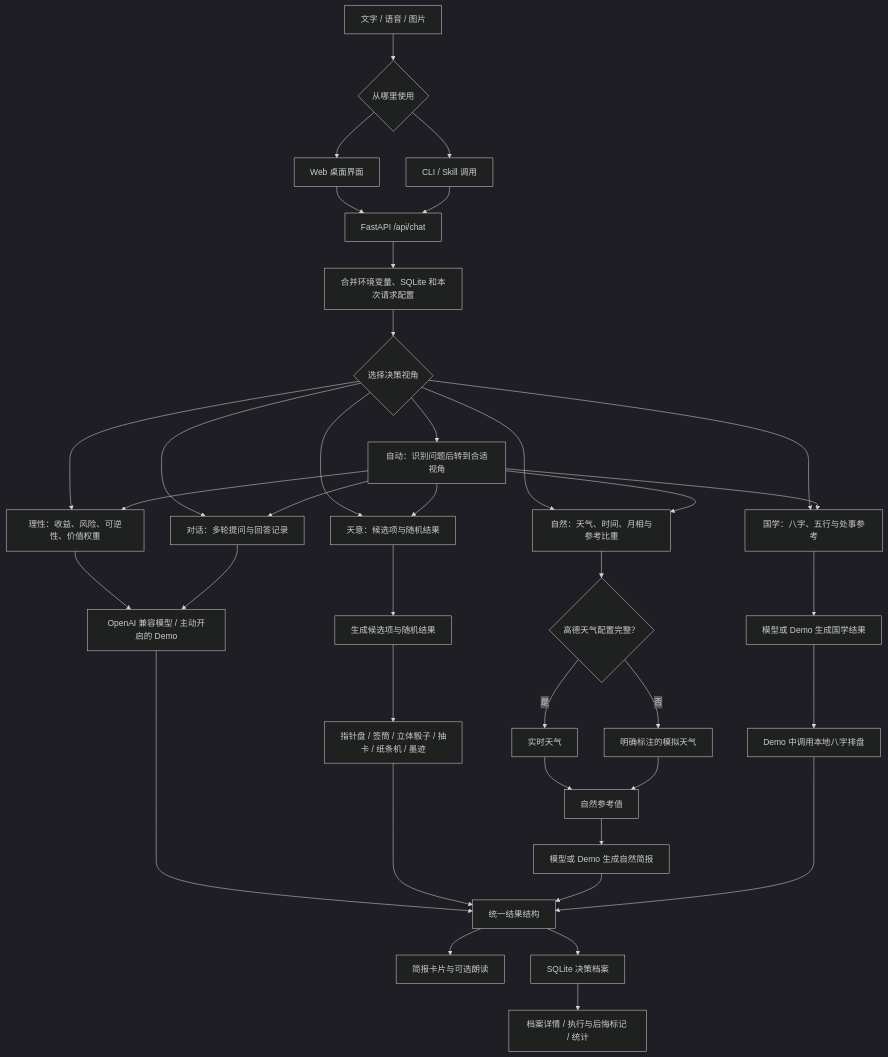
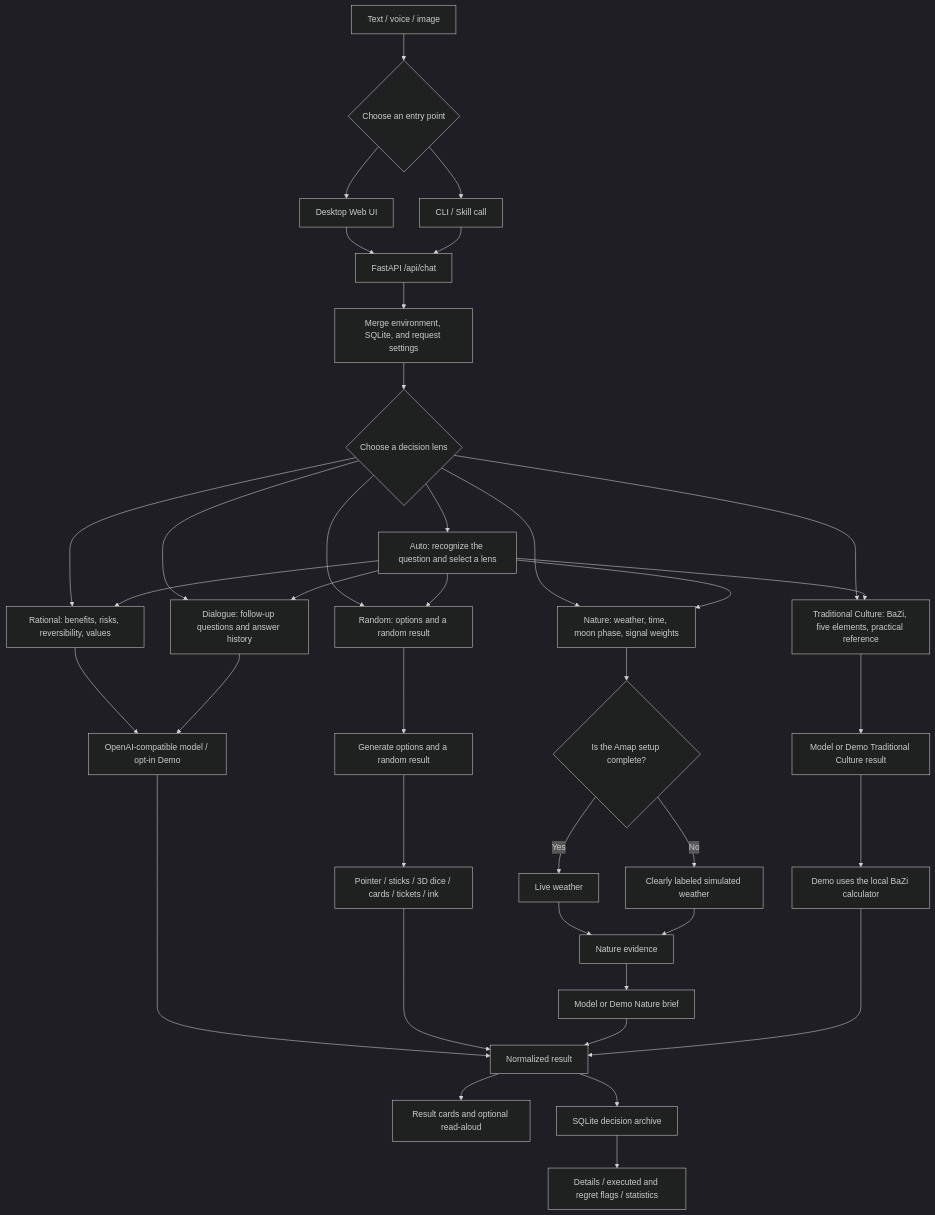
Before and after one commit to MananBhutada/The_thinker_by_manan: the diagram in README.md, drawn with Mermaid (dark theme). The commit also changed other lines of this file, not shown here.

````diff
--- a/README.md
+++ b/README.md
@@ -95,40 +95,40 @@
 ```mermaid
 flowchart TD
-    INPUT["文字 / 语音 / 图片"] --> ENTRY{"从哪里使用"}
-    ENTRY --> WEB["Web 桌面界面"]
-    ENTRY --> CLI["CLI / Skill 调用"]
+    INPUT["Text / voice / image"] --> ENTRY{"Choose an entry point"}
+    ENTRY --> WEB["Desktop Web UI"]
+    ENTRY --> CLI["CLI / Skill call"]
     WEB --> CHAT["FastAPI /api/chat"]
     CLI --> CHAT
-    CHAT --> CONFIG["合并环境变量、SQLite 和本次请求配置"]
-    CONFIG --> ROUTER{"选择决策视角"}
-    ROUTER --> AUTO["自动：识别问题后转到合适视角"]
-    ROUTER --> RATIONAL["理性：收益、风险、可逆性、价值权重"]
-    ROUTER --> RANDOM["天意：候选项与随机结果"]
-    ROUTER --> NATURE["自然：天气、时间、月相与参考比重"]
-    ROUTER --> DIALOGUE["对话：多轮提问与回答记录"]
-    ROUTER --> CULTURE["国学：八字、五行与处事参考"]
+    CHAT --> CONFIG["Merge environment, SQLite, and request settings"]
+    CONFIG --> ROUTER{"Choose a decision lens"}
+    ROUTER --> AUTO["Auto: recognize the question and select a lens"]
+    ROUTER --> RATIONAL["Rational: benefits, risks, reversibility, values"]
+    ROUTER --> RANDOM["Random: options and a random result"]
+    ROUTER --> NATURE["Nature: weather, time, moon phase, signal weights"]
+    ROUTER --> DIALOGUE["Dialogue: follow-up questions and answer history"]
+    ROUTER --> CULTURE["Traditional Culture: BaZi, five elements, practical reference"]
     AUTO --> RATIONAL
     AUTO --> RANDOM
     AUTO --> NATURE
     AUTO --> DIALOGUE
     AUTO --> CULTURE
-    RATIONAL --> GENERATOR["OpenAI 兼容模型 / 主动开启的 Demo"]
+    RATIONAL --> GENERATOR["OpenAI-compatible model / opt-in Demo"]
     DIALOGUE --> GENERATOR
-    RANDOM --> OPTIONS["生成候选项与随机结果"]
-    OPTIONS --> EFFECTS["指针盘 / 签筒 / 立体骰子 / 抽卡 / 纸条机 / 墨迹"]
-    NATURE --> WEATHER{"高德天气配置完整？"}
-    WEATHER -->|"是"| AMAP["实时天气"]
-    WEATHER -->|"否"| MOCK["明确标注的模拟天气"]
-    AMAP --> NATURE_EVIDENCE["自然参考值"]
+    RANDOM --> OPTIONS["Generate options and a random result"]
+    OPTIONS --> EFFECTS["Pointer / sticks / 3D dice / cards / tickets / ink"]
+    NATURE --> WEATHER{"Is the Amap setup complete?"}
+    WEATHER -->|"Yes"| AMAP["Live weather"]
+    WEATHER -->|"No"| MOCK["Clearly labeled simulated weather"]
+    AMAP --> NATURE_EVIDENCE["Nature evidence"]
     MOCK --> NATURE_EVIDENCE
-    NATURE_EVIDENCE --> NATURE_RESULT["模型或 Demo 生成自然简报"]
-    CULTURE --> CULTURE_RESULT["模型或 Demo 生成国学结果"]
-    CULTURE_RESULT --> BAZI["Demo 中调用本地八字排盘"]
-    GENERATOR --> RESULT["统一结果结构"]
+    NATURE_EVIDENCE --> NATURE_RESULT["Model or Demo Nature brief"]
+    CULTURE --> CULTURE_RESULT["Model or Demo Traditional Culture result"]
+    CULTURE_RESULT --> BAZI["Demo uses the local BaZi calculator"]
+    GENERATOR --> RESULT["Normalized result"]
     EFFECTS --> RESULT
     NATURE_RESULT --> RESULT
     BAZI --> RESULT
-    RESULT --> UI["简报卡片与可选朗读"]
-    RESULT --> DB["SQLite 决策档案"]
-    DB --> ARCHIVE["档案详情 / 执行与后悔标记 / 统计"]
+    RESULT --> UI["Result cards and optional read-aloud"]
+    RESULT --> DB["SQLite decision archive"]
+    DB --> ARCHIVE["Details / executed and regret flags / statistics"]
 ```
````
